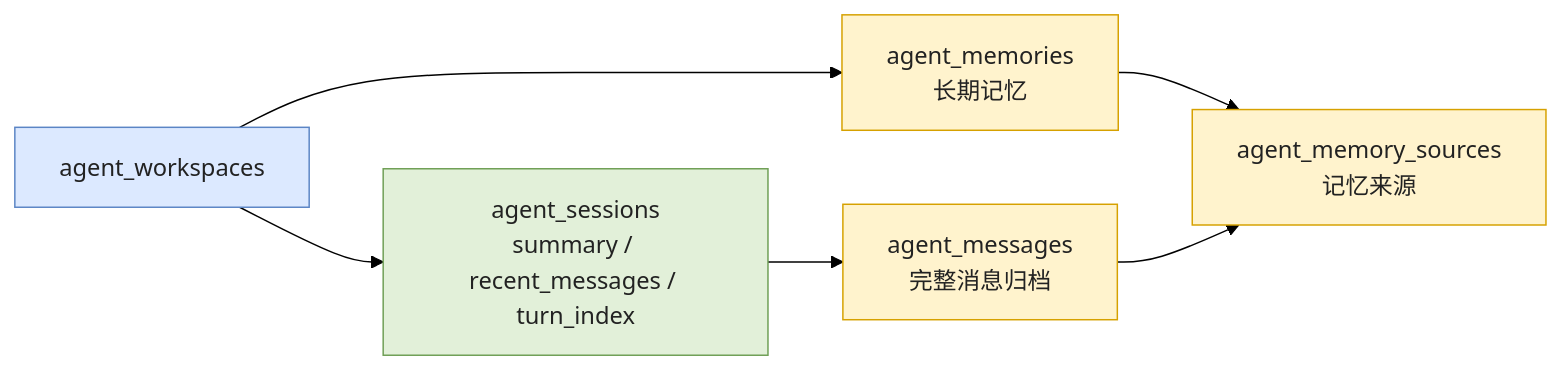
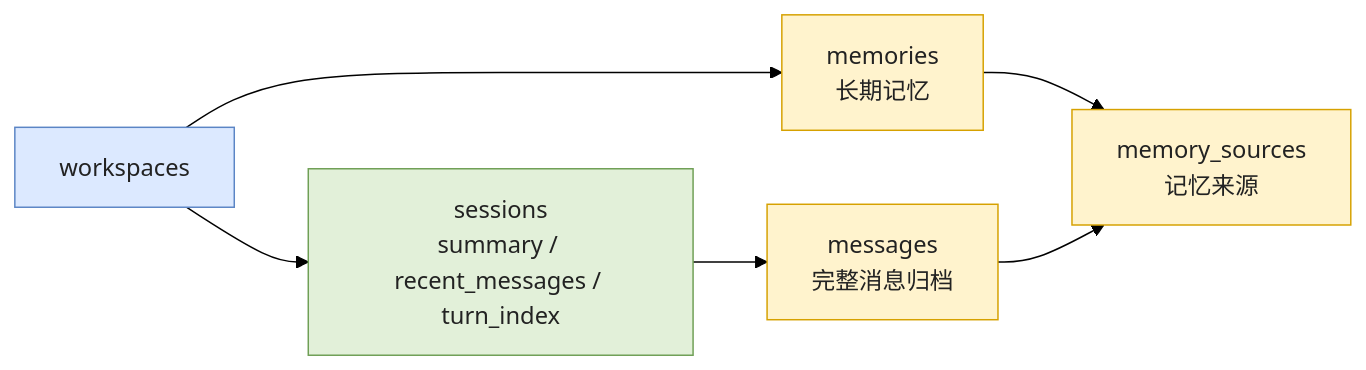
Before and after one commit to Dzheng2250/learn_langchain: the first of 2 diagrams in docs/memory-management.md, drawn with Mermaid (forest theme). The commit also changed other lines of this file and 41 other files, not shown here.

````diff
--- a/docs/memory-management.md
+++ b/docs/memory-management.md
@@ -43,21 +43,21 @@
 ```mermaid
 flowchart LR
-    Workspace["agent_workspaces"]
-    Session["agent_sessions<br/>summary / recent_messages / turn_index"]
-    Message["agent_messages<br/>完整消息归档"]
-    Memory["agent_memories<br/>长期记忆"]
-    Source["agent_memory_sources<br/>记忆来源"]
+    Workspace["workspaces"]
+    Session["sessions<br/>summary / recent_messages / turn_index"]
+    Message["messages<br/>完整消息归档"]
+    Memory["memories<br/>长期记忆"]
+    Source["memory_sources<br/>记忆来源"]
 
     Workspace --> Session
     Session --> Message
     Workspace --> Memory
     Memory --> Source
     Message --> Source
 
     classDef identity fill:#dce9ff,stroke:#5b85c5,color:#222;
     classDef short fill:#e2f0d9,stroke:#6f9f55,color:#222;
     classDef durable fill:#fff3cd,stroke:#d6a100,color:#222;
     class Workspace identity;
     class Session short;
     class Message,Memory,Source durable;
 ```
````
